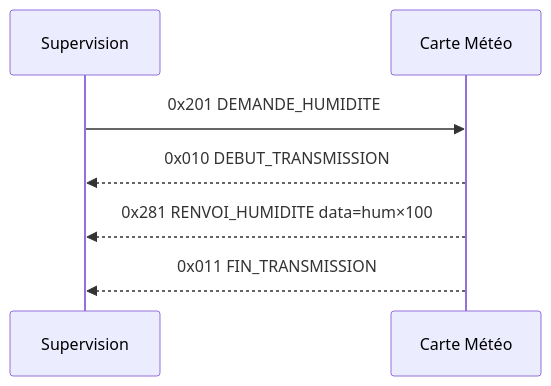
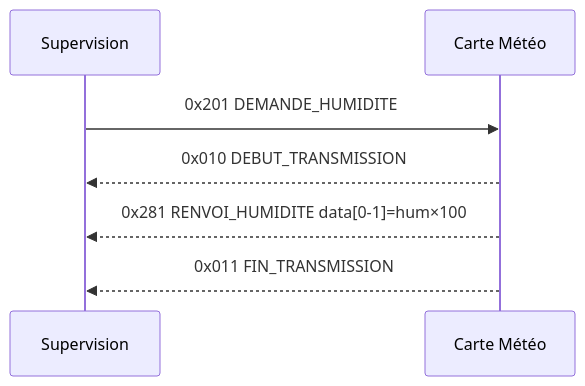
Before and after one commit to baptisteB00/Projet_LAOS: the fourth of 8 diagrams in docs/can_protocol.md, drawn with Mermaid. The commit also changed other lines of this file, not shown here.

````diff
--- a/docs/can_protocol.md
+++ b/docs/can_protocol.md
@@ -169,10 +239,10 @@
 ```mermaid
 sequenceDiagram
     participant SUP as Supervision
     participant MET as Carte Météo
 
     SUP->>MET: 0x201 DEMANDE_HUMIDITE
     MET-->>SUP: 0x010 DEBUT_TRANSMISSION
-    MET-->>SUP: 0x281 RENVOI_HUMIDITE data=hum×100
+    MET-->>SUP: 0x281 RENVOI_HUMIDITE data[0-1]=hum×100
     MET-->>SUP: 0x011 FIN_TRANSMISSION
 ```
````
